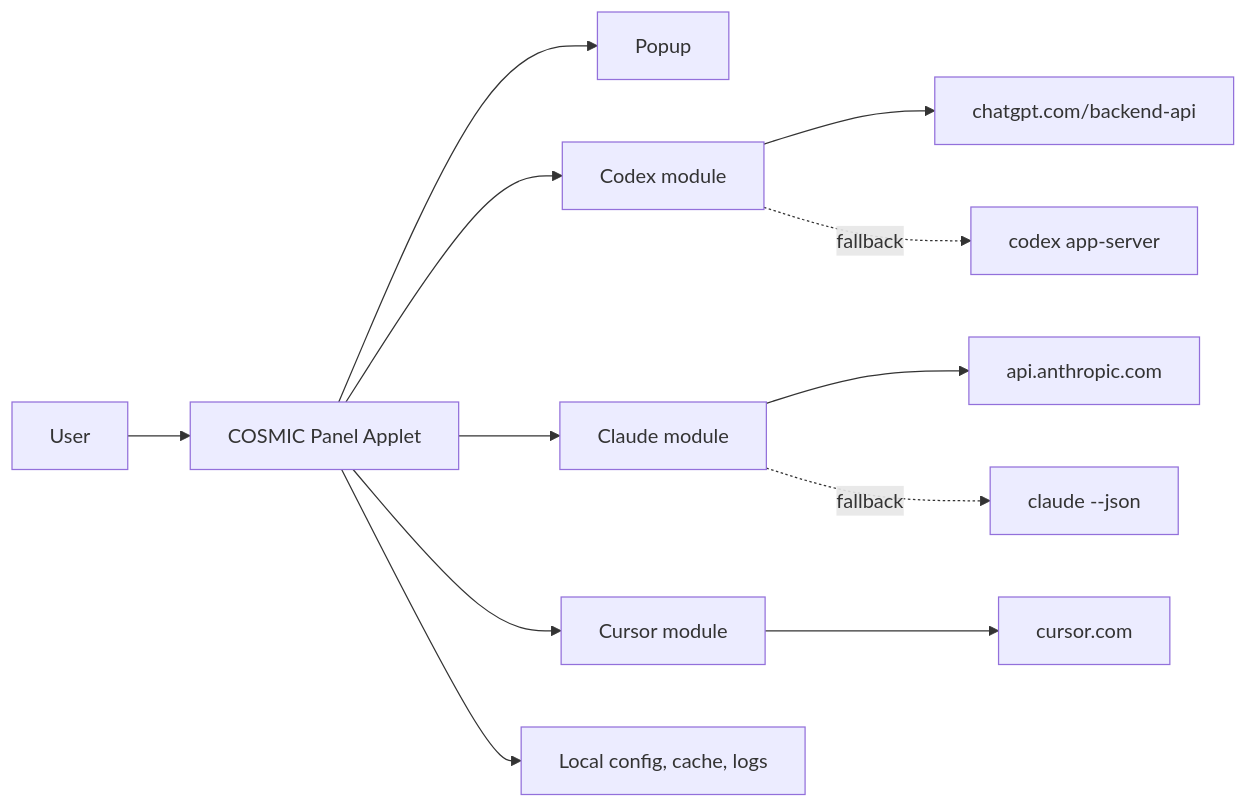
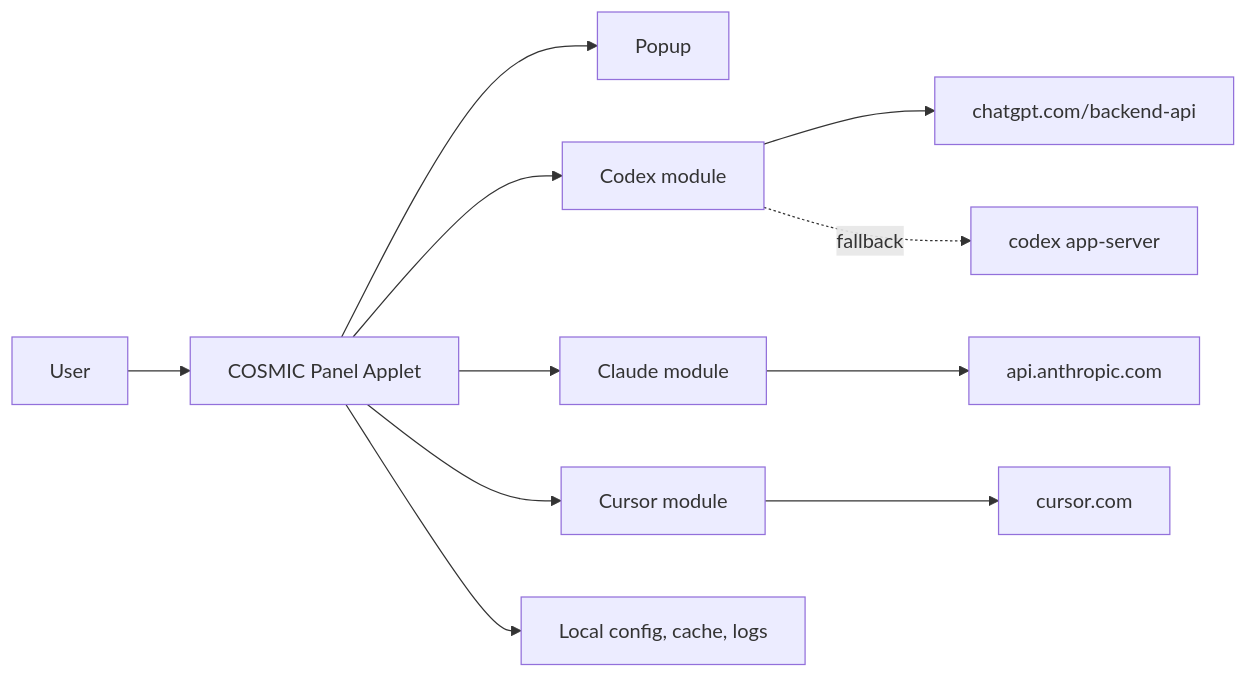
One commit to TopiCsarno/yapcap changed the first of 2 diagrams in docs/spec.md. Above: the diagram before and after it, drawn with Mermaid. The commit also changed other lines of this file and 8 other files, not shown here.

Commit message:
Remove Claude CLI fallback

````diff
--- a/docs/spec.md
+++ b/docs/spec.md
@@ -59,14 +59,13 @@
 ```mermaid
 flowchart LR
     User[User] --> Panel[COSMIC Panel Applet]
     Panel --> Popup[Popup]
     Panel --> Codex[Codex module]
     Panel --> Claude[Claude module]
     Panel --> Cursor[Cursor module]
     Codex --> OpenAI[chatgpt.com/backend-api]
     Codex -.fallback.-> CodexCLI[codex app-server]
     Claude --> Anthropic[api.anthropic.com]
-    Claude -.fallback.-> ClaudeCLI[claude --json]
     Cursor --> CursorAPI[cursor.com]
     Panel --> Local[Local config, cache, logs]
 ```
````
